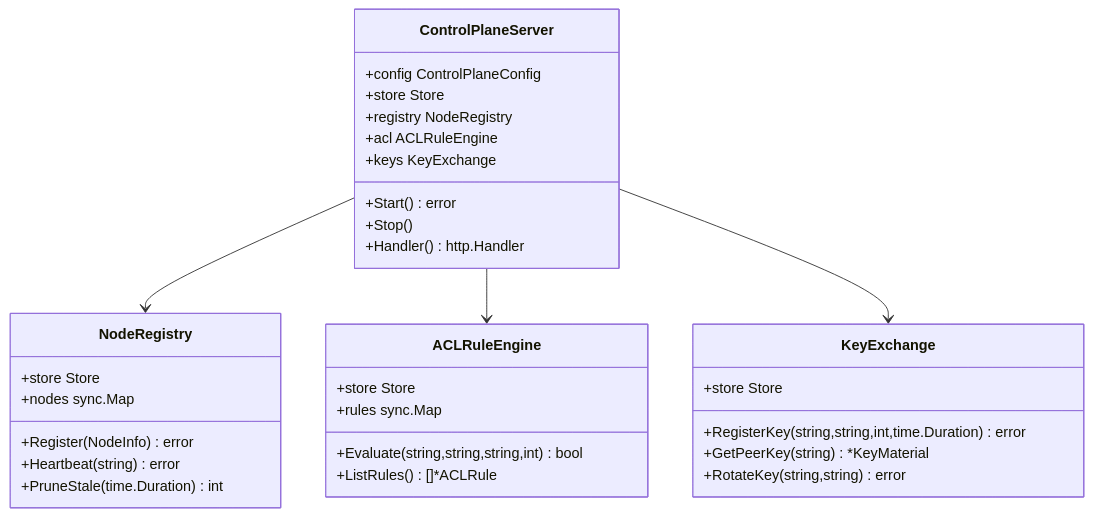
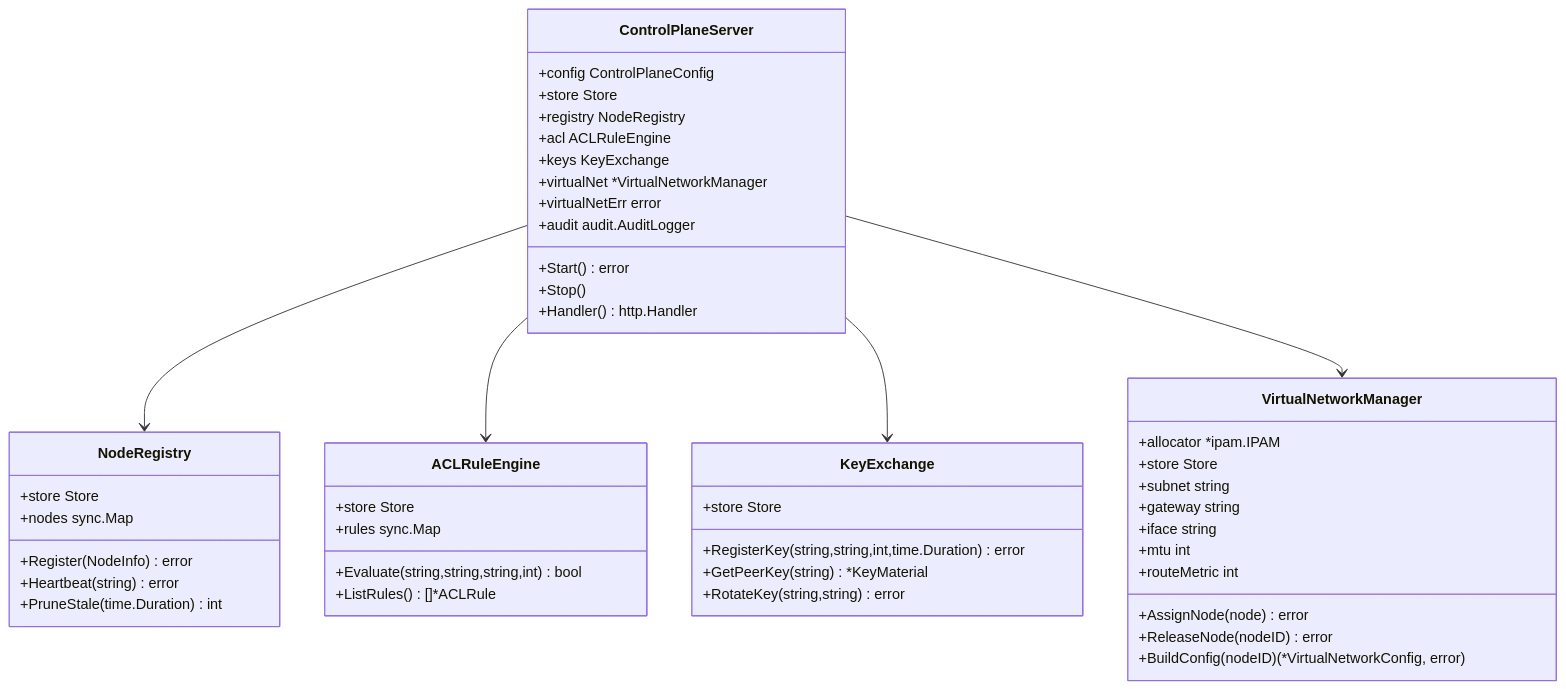
The fifth of 10 diagrams in .qoder/repowiki/zh/content/服务端架构/服务端架构.md (itsharex/NexTunnel), drawn with Mermaid before and after one commit. The commit also changed other lines of this file and 23 other files, not shown here.

````diff
--- a/.qoder/repowiki/zh/content/服务端架构/服务端架构.md
+++ b/.qoder/repowiki/zh/content/服务端架构/服务端架构.md
@@ -289,35 +333,51 @@
 ```mermaid
 classDiagram
 class ControlPlaneServer {
 +config ControlPlaneConfig
 +store Store
 +registry NodeRegistry
 +acl ACLRuleEngine
 +keys KeyExchange
++virtualNet *VirtualNetworkManager
++virtualNetErr error
++audit audit.AuditLogger
 +Start() error
 +Stop()
 +Handler() http.Handler
 }
 class NodeRegistry {
 +store Store
 +nodes sync.Map
 +Register(NodeInfo) error
 +Heartbeat(string) error
 +PruneStale(time.Duration) int
 }
 class ACLRuleEngine {
 +store Store
 +rules sync.Map
 +Evaluate(string,string,string,int) bool
 +ListRules() []*ACLRule
 }
 class KeyExchange {
 +store Store
 +RegisterKey(string,string,int,time.Duration) error
 +GetPeerKey(string) *KeyMaterial
 +RotateKey(string,string) error
 }
+class VirtualNetworkManager {
++allocator *ipam.IPAM
++store Store
++subnet string
++gateway string
++iface string
++mtu int
++routeMetric int
++AssignNode(node) error
++ReleaseNode(nodeID) error
++BuildConfig(nodeID) (*VirtualNetworkConfig, error)
+}
 ControlPlaneServer --> NodeRegistry
 ControlPlaneServer --> ACLRuleEngine
 ControlPlaneServer --> KeyExchange
+ControlPlaneServer --> VirtualNetworkManager
 ```
````
